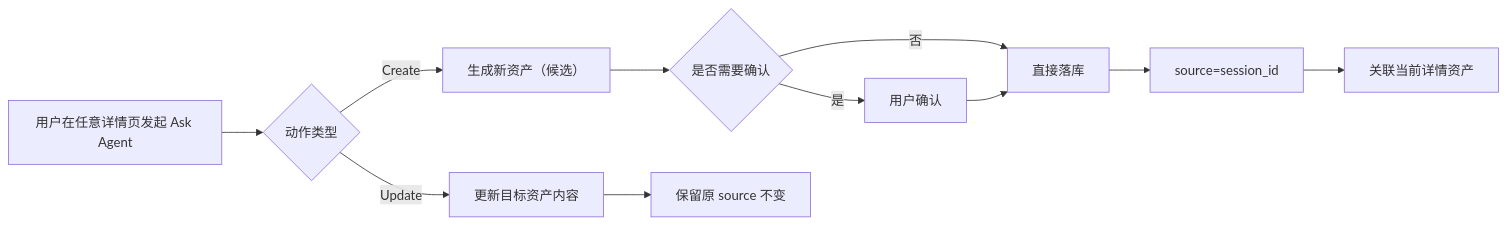
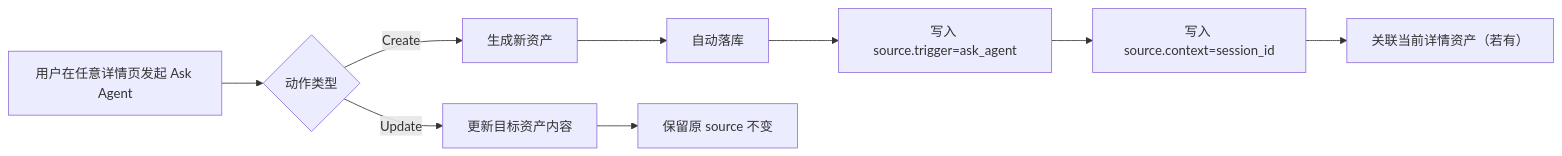
One commit to IgniteTheSpark/bizcard changed the second of 2 diagrams in bizcard-3.0-phase2/PRD_CONTEXT_CONTAINER_DETAIL_PAGE.md. Above: the diagram before and after it, drawn with Mermaid. The commit also changed other lines of this file, not shown here.

````diff
--- a/bizcard-3.0-phase2/PRD_CONTEXT_CONTAINER_DETAIL_PAGE.md
+++ b/bizcard-3.0-phase2/PRD_CONTEXT_CONTAINER_DETAIL_PAGE.md
@@ -550,14 +604,12 @@
 ```mermaid
 flowchart LR
   U["用户在任意详情页发起 Ask Agent"] --> P{"动作类型"}
-  P -->|Create| C1["生成新资产（候选）"]
-  C1 --> C2{"是否需要确认"}
-  C2 -->|是| C3["用户确认"]
-  C2 -->|否| C4["直接落库"]
-  C3 --> C4
-  C4 --> C5["source=session_id"]
-  C5 --> C6["关联当前详情资产"]
+  P -->|Create| C1["生成新资产"]
+  C1 --> C2["自动落库"]
+  C2 --> C3["写入 source.trigger=ask_agent"]
+  C3 --> C4["写入 source.context=session_id"]
+  C4 --> C5["关联当前详情资产（若有）"]
 
   P -->|Update| U1["更新目标资产内容"]
   U1 --> U2["保留原 source 不变"]
 ```
````
